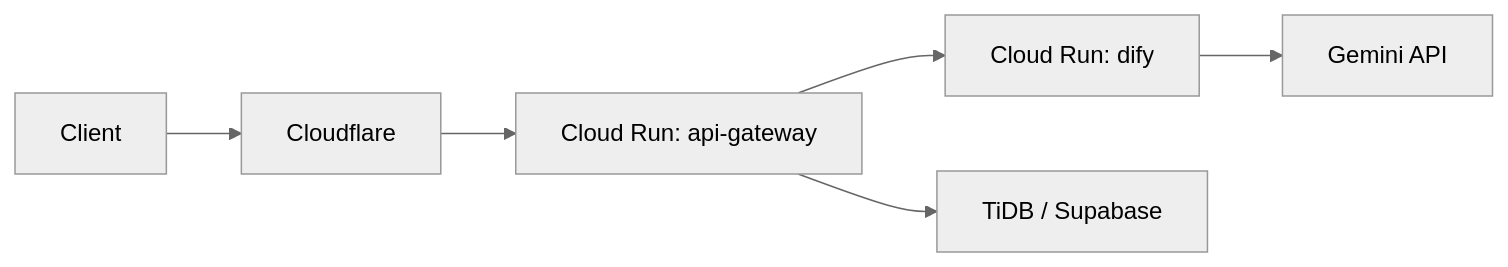
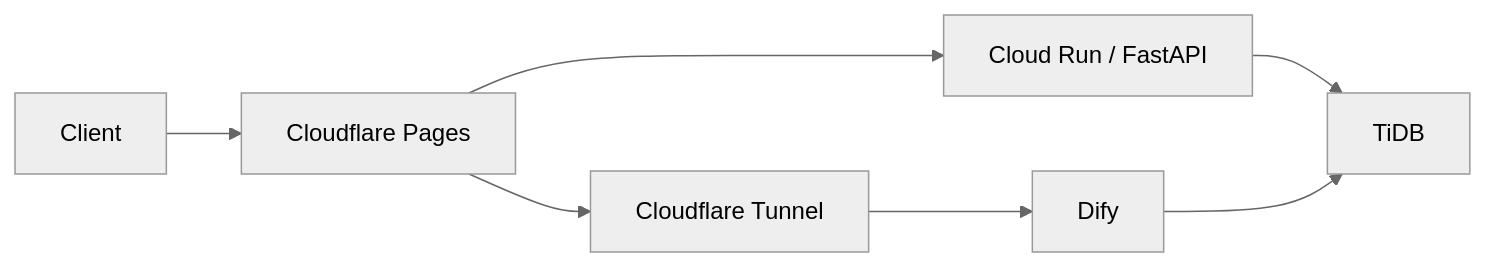
One commit to jyogi-web/Jyogi_Navi changed the first of 2 diagrams in docs/08_logging.md. Above: the diagram before and after it, drawn with Mermaid (neutral theme). The commit also changed other lines of this file and 6 other files, not shown here.

````diff
--- a/docs/08_logging.md
+++ b/docs/08_logging.md
@@ -245,8 +157,9 @@
 ```mermaid
 flowchart LR
-    Client --> Edge[Cloudflare]
-    Edge --> API[Cloud Run: api-gateway]
-    API --> RAG[Cloud Run: dify]
-    API --> DB[TiDB / Supabase]
-    RAG --> LLM[Gemini API]
+    Client --> CF[Cloudflare Pages]
+    CF --> API[Cloud Run / FastAPI]
+    CF --> TUNNEL[Cloudflare Tunnel]
+    TUNNEL --> DIFY[Dify]
+    API --> TIDB[TiDB]
+    DIFY --> TIDB
 ```
````
